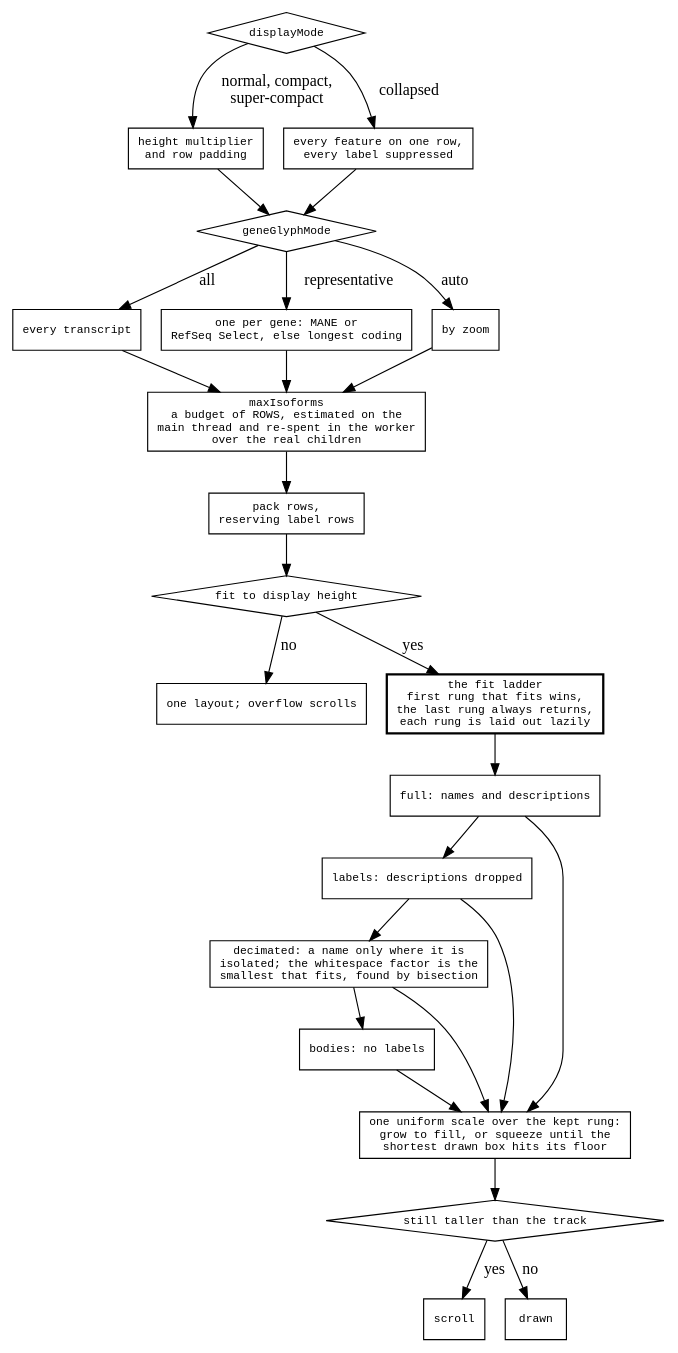
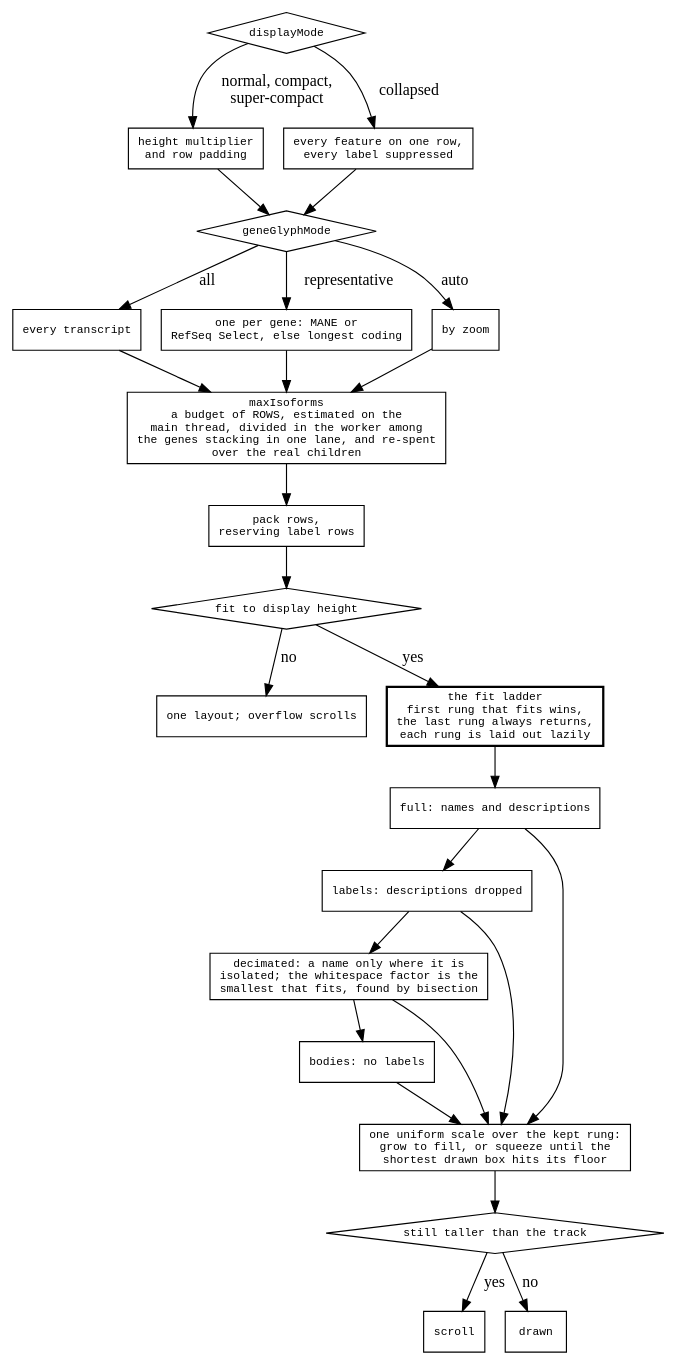
The diagram in agent-docs/mechanisms/diagrams/feature-budget.dot (GMOD/jbrowse-components), drawn with Graphviz before and after one commit. The commit also changed 18 other files, not shown here.

```diff
--- a/agent-docs/mechanisms/diagrams/feature-budget.dot
+++ b/agent-docs/mechanisms/diagrams/feature-budget.dot
@@ -1,47 +1,47 @@
 digraph feature_budget {
   rankdir=TB
   node [shape=box fontname=monospace fontsize=10]
   { node [shape=diamond] mode; isoforms; fits; over }
 
   mode [label="displayMode"]
   mode -> sized     [label=" normal, compact,\n super-compact"]
   mode -> collapsed [label=" collapsed"]
   sized     [label="height multiplier\nand row padding"]
   collapsed [label="every feature on one row,\nevery label suppressed"]
 
   isoforms [label="geneGlyphMode"]
   sized -> isoforms  collapsed -> isoforms
   isoforms -> allt [label=" all"]
   isoforms -> one  [label=" representative"]
   isoforms -> zoom [label=" auto"]
   allt [label="every transcript"]
   one  [label="one per gene: MANE or\nRefSeq Select, else longest coding"]
   zoom [label="by zoom"]
 
-  budget [label="maxIsoforms\na budget of ROWS, estimated on the\nmain thread and re-spent in the worker\nover the real children"]
+  budget [label="maxIsoforms\na budget of ROWS, estimated on the\nmain thread, divided in the worker among\nthe genes stacking in one lane, and re-spent\nover the real children"]
   allt -> budget  one -> budget  zoom -> budget
 
   pack [label="pack rows,\nreserving label rows"]
   budget -> pack -> fits
 
   fits [label="fit to display height"]
   fits -> plain  [label=" no"]
   fits -> ladder [label=" yes"]
   plain [label="one layout; overflow scrolls"]
 
   ladder [label="the fit ladder\nfirst rung that fits wins,\nthe last rung always returns,\neach rung is laid out lazily", style=bold]
   ladder -> full -> labels -> decimated -> bodies
   full      [label="full: names and descriptions"]
   labels    [label="labels: descriptions dropped"]
   decimated [label="decimated: a name only where it is\nisolated; the whitespace factor is the\nsmallest that fits, found by bisection"]
   bodies    [label="bodies: no labels"]
 
   scale [label="one uniform scale over the kept rung:\ngrow to fill, or squeeze until the\nshortest drawn box hits its floor"]
   full -> scale  labels -> scale  decimated -> scale  bodies -> scale
   scale -> over
   over [label="still taller than the track"]
   over -> scroll [label=" yes"]
   over -> done   [label=" no"]
   scroll [label="scroll"]
   done   [label="drawn"]
 }
```
